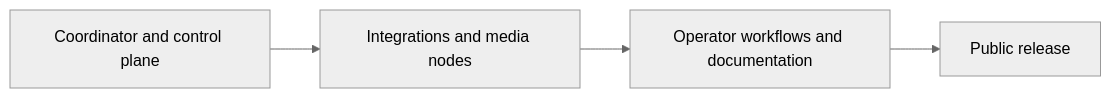
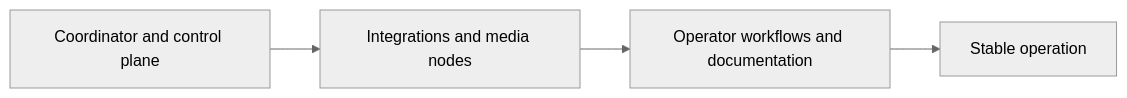
Before and after one commit to ShowMeshSystems/showmesh-docs: the diagram in src/content/docs/reference/roadmap.mdx, drawn with Mermaid (neutral theme). The commit also changed other lines of this file and 29 other files, not shown here.

````diff
--- a/src/content/docs/reference/roadmap.mdx
+++ b/src/content/docs/reference/roadmap.mdx
@@ -22,6 +22,6 @@
 ```mermaid
 flowchart LR
   A[Coordinator and control plane] --> B[Integrations and media nodes]
   B --> C[Operator workflows and documentation]
-  C --> D[Public release]
+  C --> D[Stable operation]
 ```
````
